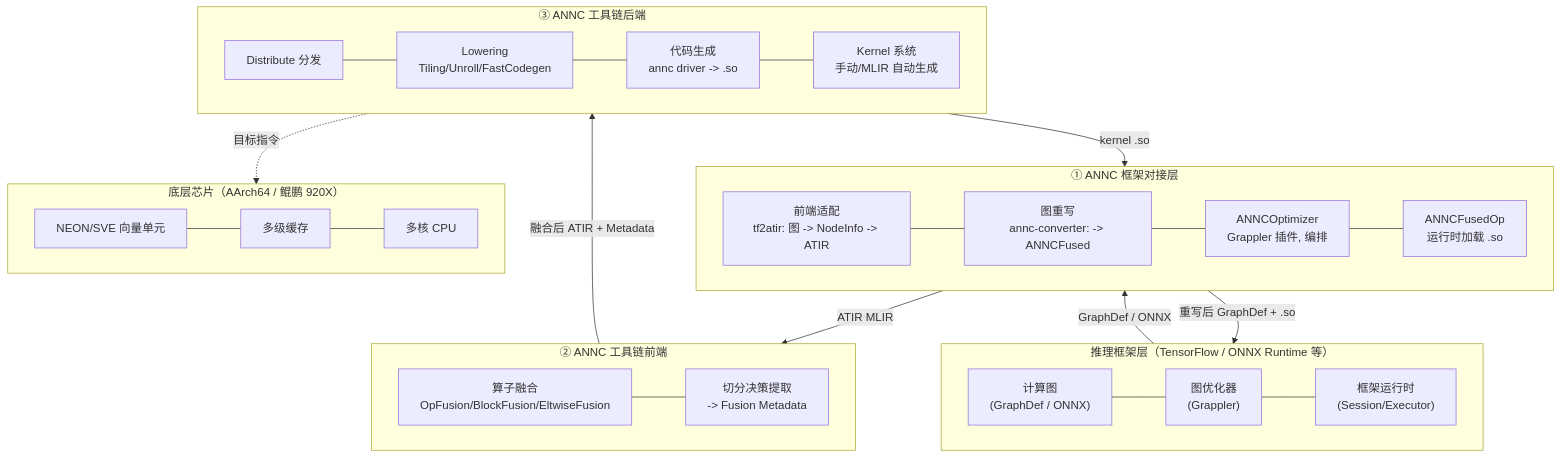
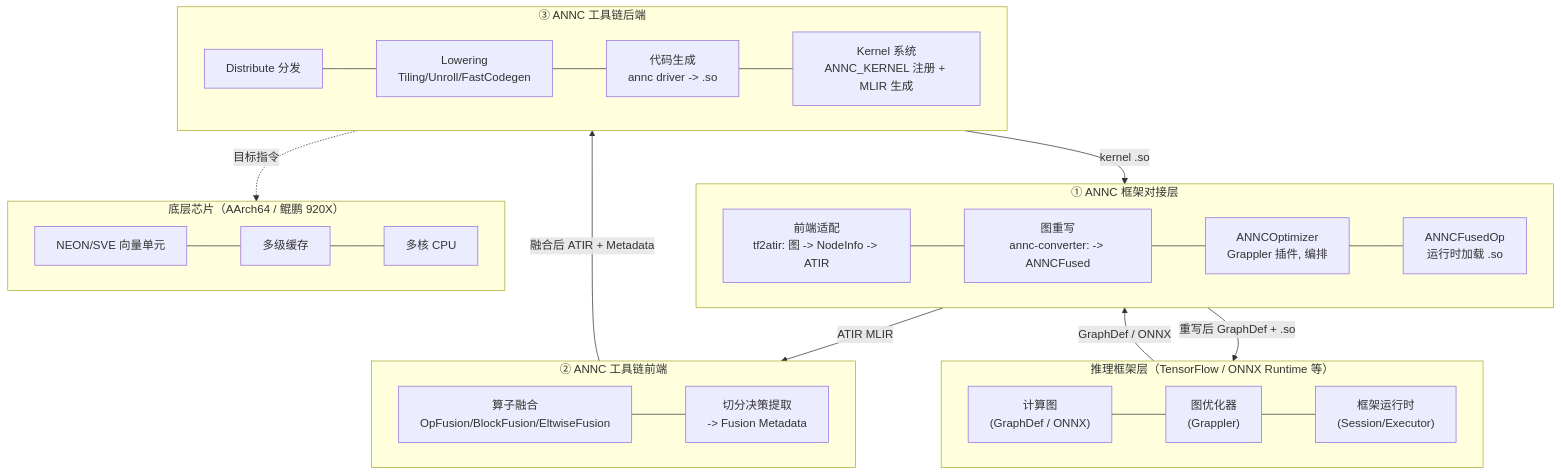
One commit to openeuler-mirror/ANNC changed the fourth of 7 diagrams in docs/annc-architecture-design.md. Above: the diagram before and after it, drawn with Mermaid. The commit also changed other lines of this file and 2 other files, not shown here.

First line of the commit message:
docs: v3.3 correct architecture doc, AGENTS.md and README against source code

````diff
--- a/docs/annc-architecture-design.md
+++ b/docs/annc-architecture-design.md
@@ -230,34 +230,34 @@
 ```mermaid
 flowchart TB
     subgraph InferenceFramework["推理框架层（TensorFlow / ONNX Runtime 等）"]
         direction LR
         GraphDef["计算图<br/>(GraphDef / ONNX)"] --- Grappler["图优化器<br/>(Grappler)"] --- TFRuntime["框架运行时<br/>(Session/Executor)"]
     end
 
     subgraph FrameworkAdaptor["① ANNC 框架对接层"]
         direction LR
         Adaptor["前端适配<br/>tf2atir: 图 -> NodeInfo -> ATIR"] --- Rewriter["图重写<br/>annc-converter: -> ANNCFused"] --- Optimizer["ANNCOptimizer<br/>Grappler 插件, 编排"] --- FusedOp["ANNCFusedOp<br/>运行时加载 .so"]
     end
 
     subgraph Frontend["② ANNC 工具链前端"]
         direction LR
         Fusion["算子融合<br/>OpFusion/BlockFusion/EltwiseFusion"] --- Metadata["切分决策提取<br/>-> Fusion Metadata"]
     end
 
     subgraph Backend["③ ANNC 工具链后端"]
         direction LR
-        Distribute["Distribute 分发"] --- Lowering["Lowering<br/>Tiling/Unroll/FastCodegen"] --- Codegen["代码生成<br/>annc driver -> .so"] --- Kernel["Kernel 系统<br/>手动/MLIR 自动生成"]
+        Distribute["Distribute 分发"] --- Lowering["Lowering<br/>Tiling/Unroll/FastCodegen"] --- Codegen["代码生成<br/>annc driver -> .so"] --- Kernel["Kernel 系统<br/>ANNC_KERNEL 注册 + MLIR 生成"]
     end
 
     subgraph Hardware["底层芯片（AArch64 / 鲲鹏 920X）"]
         direction LR
         NEON["NEON/SVE 向量单元"] --- Cache["多级缓存"] --- Core["多核 CPU"]
     end
 
     InferenceFramework -->|"GraphDef / ONNX"| FrameworkAdaptor
     FrameworkAdaptor -->|"ATIR MLIR"| Frontend
     Frontend -->|"融合后 ATIR + Metadata"| Backend
     Backend -->|"kernel .so"| FrameworkAdaptor
     FrameworkAdaptor -->|"重写后 GraphDef + .so"| InferenceFramework
     Backend -.->|"目标指令"| Hardware
 ```
````
